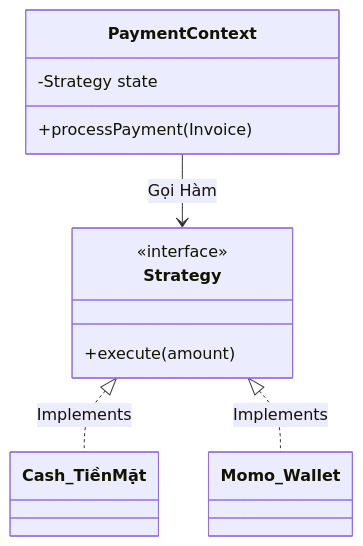
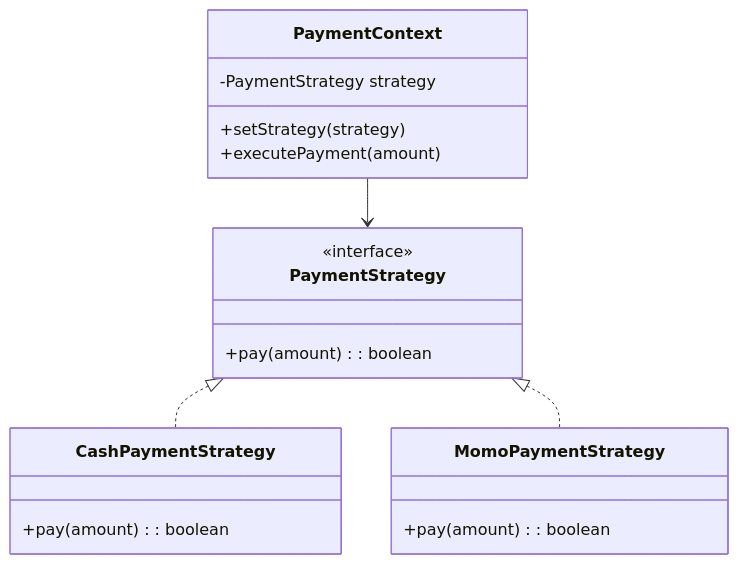
One commit to Coffat/F3_Cinema changed the third of 5 diagrams in README.md. Above: the diagram before and after it, drawn with Mermaid. The commit also changed other lines of this file, not shown here.

````diff
--- a/README.md
+++ b/README.md
@@ -97,14 +201,21 @@
 ```mermaid
 classDiagram
     class PaymentContext {
-        -Strategy state
-        +processPayment(Invoice)
+        -PaymentStrategy strategy
+        +setStrategy(strategy)
+        +executePayment(amount)
     }
-    class Strategy {
+    class PaymentStrategy {
         <<interface>>
-        +execute(amount)
+        +pay(amount): boolean
     }
-    PaymentContext --> Strategy : Gọi Hàm
-    Strategy <|.. Cash_TiềnMặt : Implements
-    Strategy <|.. Momo_Wallet : Implements
+    class CashPaymentStrategy {
+        +pay(amount): boolean
+    }
+    class MomoPaymentStrategy {
+        +pay(amount): boolean
+    }
+    PaymentContext --> PaymentStrategy
+    PaymentStrategy <|.. CashPaymentStrategy
+    PaymentStrategy <|.. MomoPaymentStrategy
 ```
````
